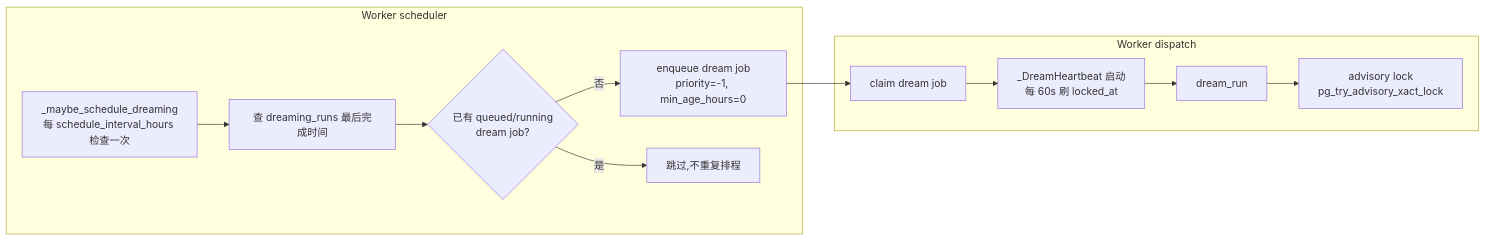
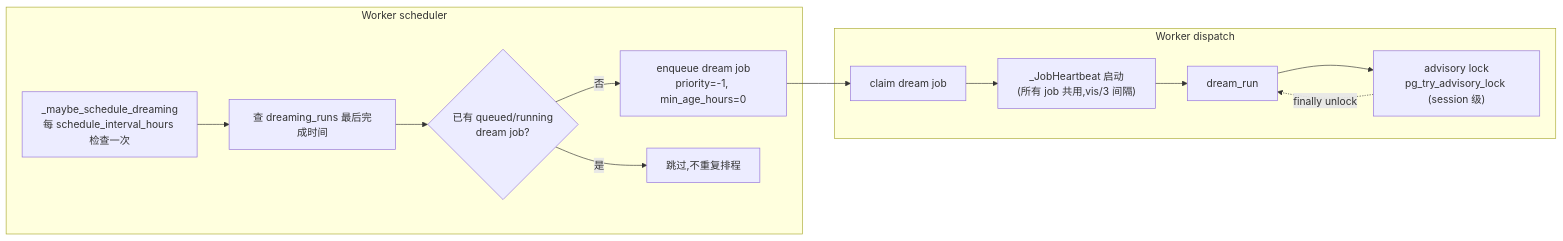
One commit to pty819/cortex-py-book changed the second of 2 diagrams in source/chapters/12-dreaming.md. Above: the diagram before and after it, drawn with Mermaid. The commit also changed other lines of this file and 16 other files, not shown here.

````diff
--- a/source/chapters/12-dreaming.md
+++ b/source/chapters/12-dreaming.md
@@ -238,20 +237,22 @@
 ```{mermaid}
 graph LR
     subgraph Scheduler["Worker scheduler"]
         S1["_maybe_schedule_dreaming<br/>每 schedule_interval_hours 检查一次"]
         S2["查 dreaming_runs 最后完成时间"]
         S3{"已有 queued/running<br/>dream job?"}
         S4["enqueue dream job<br/>priority=-1, min_age_hours=0"]
         S1 --> S2 --> S3
         S3 -->|是| SKIP["跳过,不重复排程"]
         S3 -->|否| S4
     end
     subgraph Dispatch["Worker dispatch"]
         D1["claim dream job"]
-        D2["_DreamHeartbeat 启动<br/>每 60s 刷 locked_at"]
+        D2["_JobHeartbeat 启动<br/>(所有 job 共用,vis/3 间隔)"]
         D3["dream_run"]
-        D4["advisory lock<br/>pg_try_advisory_xact_lock"]
-        D1 --> D2 --> D3 --> D4
+        D4["advisory lock<br/>pg_try_advisory_lock (session 级)"]
+        D1 --> D2 --> D3
+        D3 --> D4
+        D4 -.->|finally unlock| D3
     end
     S4 --> D1
 ```
````
